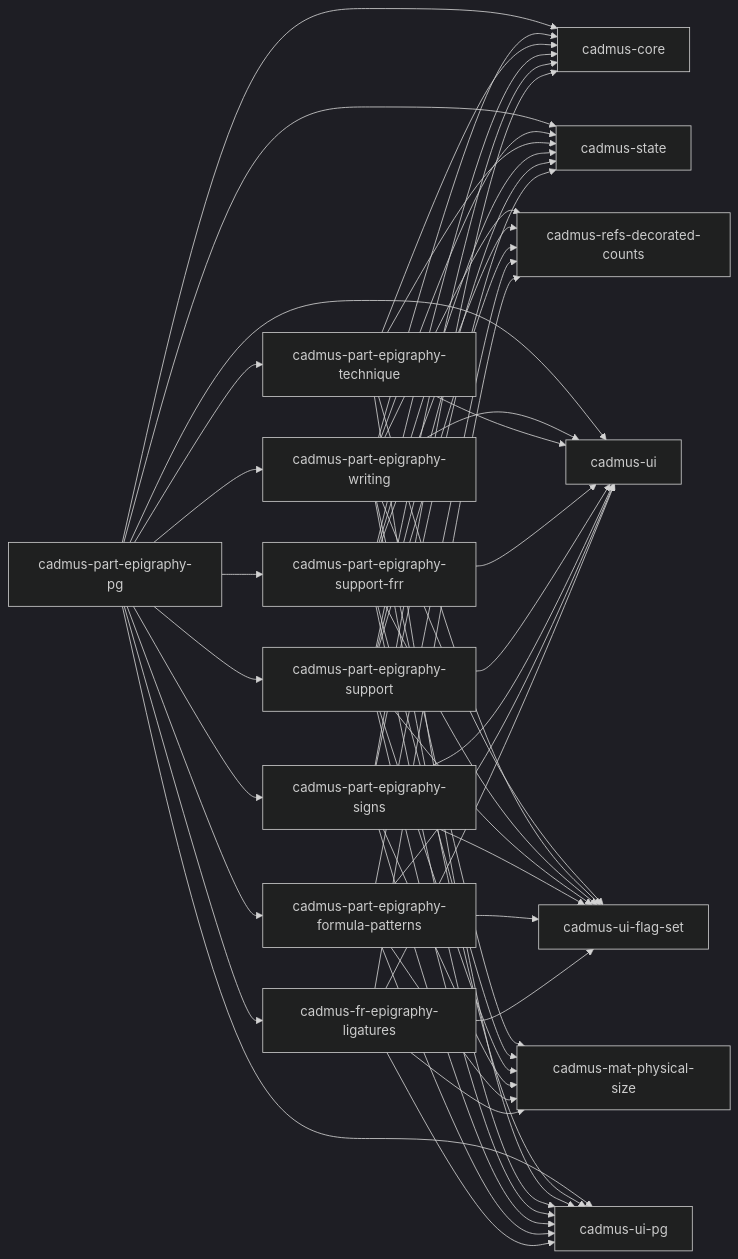
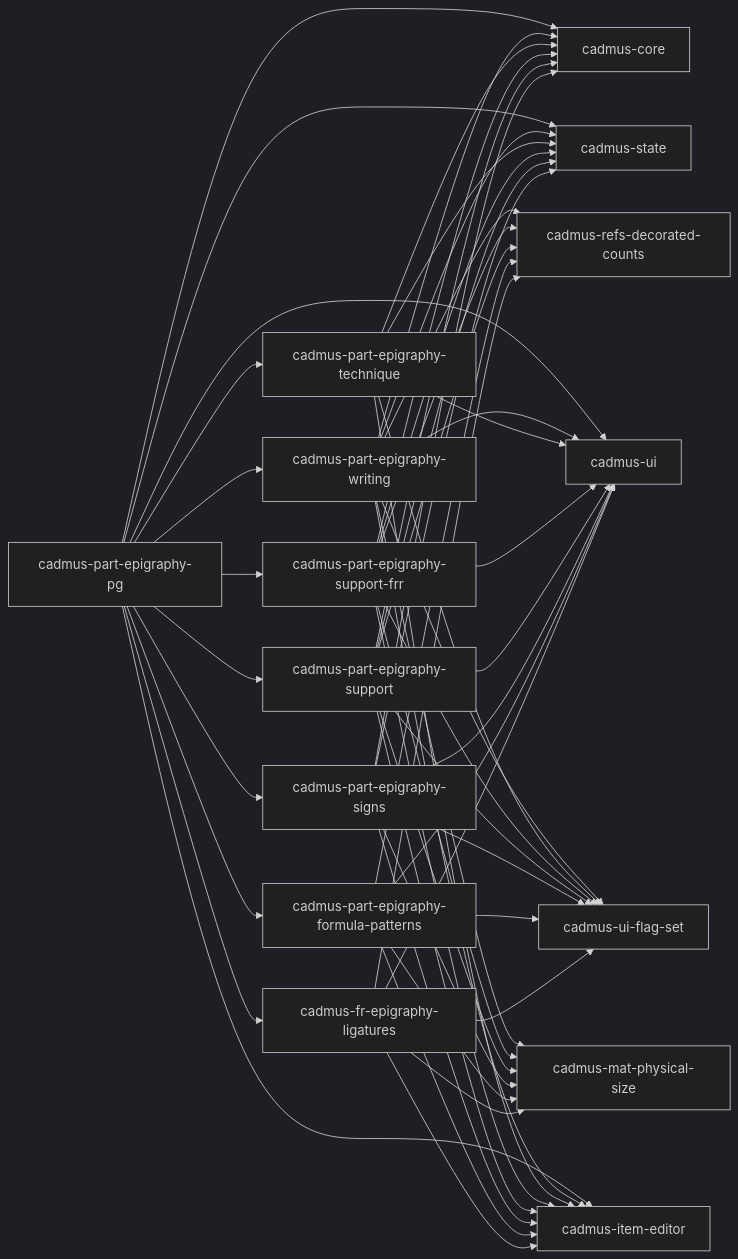
The diagram in frontend/epigraphy-shell.md (vedph/cadmus-doc), drawn with Mermaid (dark theme) before and after one commit. The commit also changed 11 other files, not shown here.

````diff
--- a/frontend/epigraphy-shell.md
+++ b/frontend/epigraphy-shell.md
@@ -12,56 +12,56 @@
 ```mermaid
 graph LR;
   cadmus-fr-epigraphy-ligatures --> cadmus-mat-physical-size
   cadmus-fr-epigraphy-ligatures --> cadmus-refs-decorated-counts
   cadmus-fr-epigraphy-ligatures --> cadmus-ui-flag-set
   cadmus-fr-epigraphy-ligatures --> cadmus-ui
-  cadmus-fr-epigraphy-ligatures --> cadmus-ui-pg
+  cadmus-fr-epigraphy-ligatures --> cadmus-item-editor
   cadmus-part-epigraphy-formula-patterns --> cadmus-mat-physical-size
   cadmus-part-epigraphy-formula-patterns --> cadmus-refs-decorated-counts
   cadmus-part-epigraphy-formula-patterns --> cadmus-ui-flag-set
   cadmus-part-epigraphy-formula-patterns --> cadmus-ui
-  cadmus-part-epigraphy-formula-patterns --> cadmus-ui-pg
+  cadmus-part-epigraphy-formula-patterns --> cadmus-item-editor
   cadmus-part-epigraphy-signs --> cadmus-mat-physical-size
   cadmus-part-epigraphy-signs --> cadmus-ui-flag-set
   cadmus-part-epigraphy-signs --> cadmus-core
   cadmus-part-epigraphy-signs --> cadmus-state
   cadmus-part-epigraphy-signs --> cadmus-ui
-  cadmus-part-epigraphy-signs --> cadmus-ui-pg
+  cadmus-part-epigraphy-signs --> cadmus-item-editor
   cadmus-part-epigraphy-support --> cadmus-refs-decorated-counts
   cadmus-part-epigraphy-support --> cadmus-ui-flag-set
   cadmus-part-epigraphy-support --> cadmus-mat-physical-size
   cadmus-part-epigraphy-support --> cadmus-core
   cadmus-part-epigraphy-support --> cadmus-state
   cadmus-part-epigraphy-support --> cadmus-ui
-  cadmus-part-epigraphy-support --> cadmus-ui-pg
+  cadmus-part-epigraphy-support --> cadmus-item-editor
   cadmus-part-epigraphy-support-frr --> cadmus-refs-decorated-counts
   cadmus-part-epigraphy-support-frr --> cadmus-ui-flag-set
   cadmus-part-epigraphy-support-frr --> cadmus-mat-physical-size
   cadmus-part-epigraphy-support-frr --> cadmus-core
   cadmus-part-epigraphy-support-frr --> cadmus-state
   cadmus-part-epigraphy-support-frr --> cadmus-ui
-  cadmus-part-epigraphy-support-frr --> cadmus-ui-pg
+  cadmus-part-epigraphy-support-frr --> cadmus-item-editor
   cadmus-part-epigraphy-technique --> cadmus-ui-flag-set
   cadmus-part-epigraphy-technique --> cadmus-core
   cadmus-part-epigraphy-technique --> cadmus-state
   cadmus-part-epigraphy-technique --> cadmus-ui
-  cadmus-part-epigraphy-technique --> cadmus-ui-pg
+  cadmus-part-epigraphy-technique --> cadmus-item-editor
   cadmus-part-epigraphy-writing --> cadmus-mat-physical-size
   cadmus-part-epigraphy-writing --> cadmus-refs-decorated-counts
   cadmus-part-epigraphy-writing --> cadmus-ui-flag-set
   cadmus-part-epigraphy-writing --> cadmus-core
   cadmus-part-epigraphy-writing --> cadmus-state
   cadmus-part-epigraphy-writing --> cadmus-ui
-  cadmus-part-epigraphy-writing --> cadmus-ui-pg
+  cadmus-part-epigraphy-writing --> cadmus-item-editor
   cadmus-part-epigraphy-pg --> cadmus-core
   cadmus-part-epigraphy-pg --> cadmus-state
   cadmus-part-epigraphy-pg --> cadmus-ui
-  cadmus-part-epigraphy-pg --> cadmus-ui-pg
+  cadmus-part-epigraphy-pg --> cadmus-item-editor
   cadmus-part-epigraphy-pg --> cadmus-part-epigraphy-support
   cadmus-part-epigraphy-pg --> cadmus-part-epigraphy-support-frr
   cadmus-part-epigraphy-pg --> cadmus-part-epigraphy-technique
   cadmus-part-epigraphy-pg --> cadmus-part-epigraphy-writing
   cadmus-part-epigraphy-pg --> cadmus-part-epigraphy-signs
   cadmus-part-epigraphy-pg --> cadmus-fr-epigraphy-ligatures
   cadmus-part-epigraphy-pg --> cadmus-part-epigraphy-formula-patterns
 ```
````
